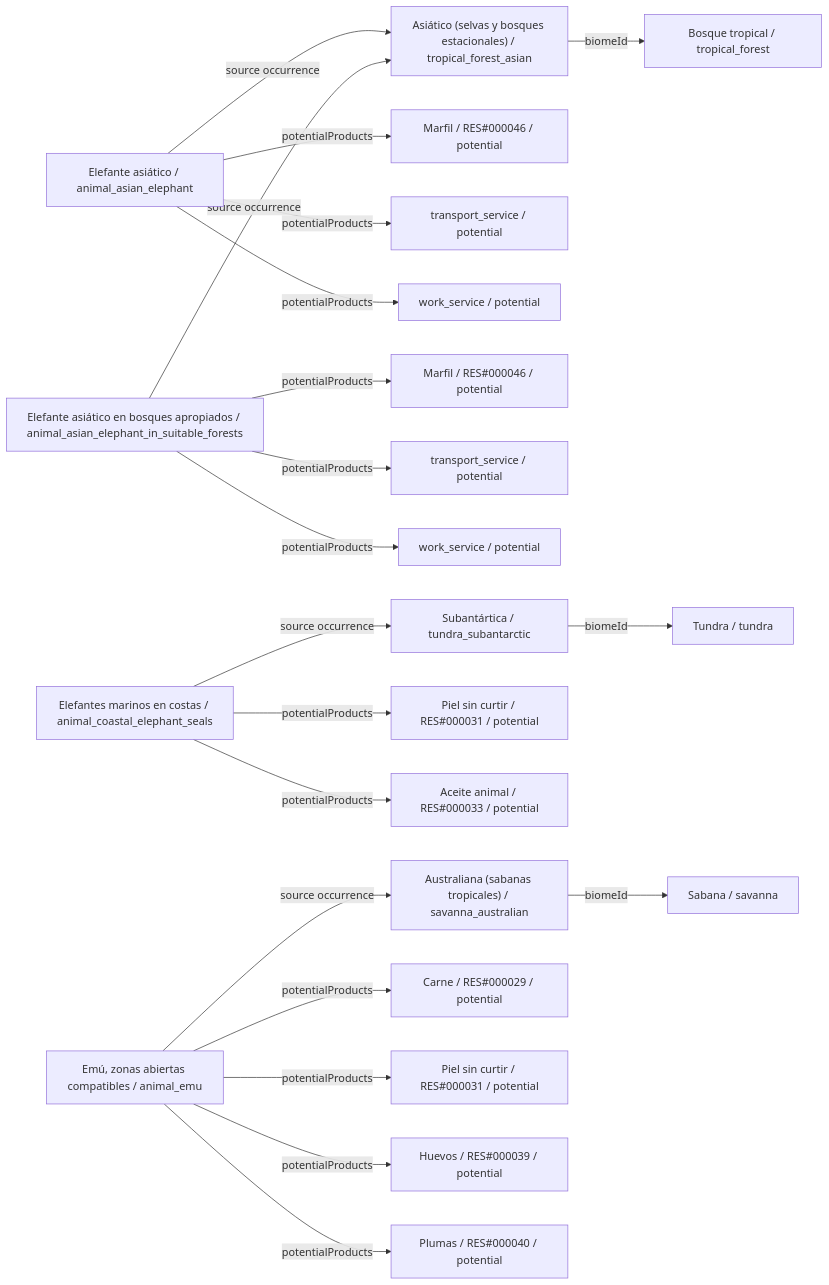
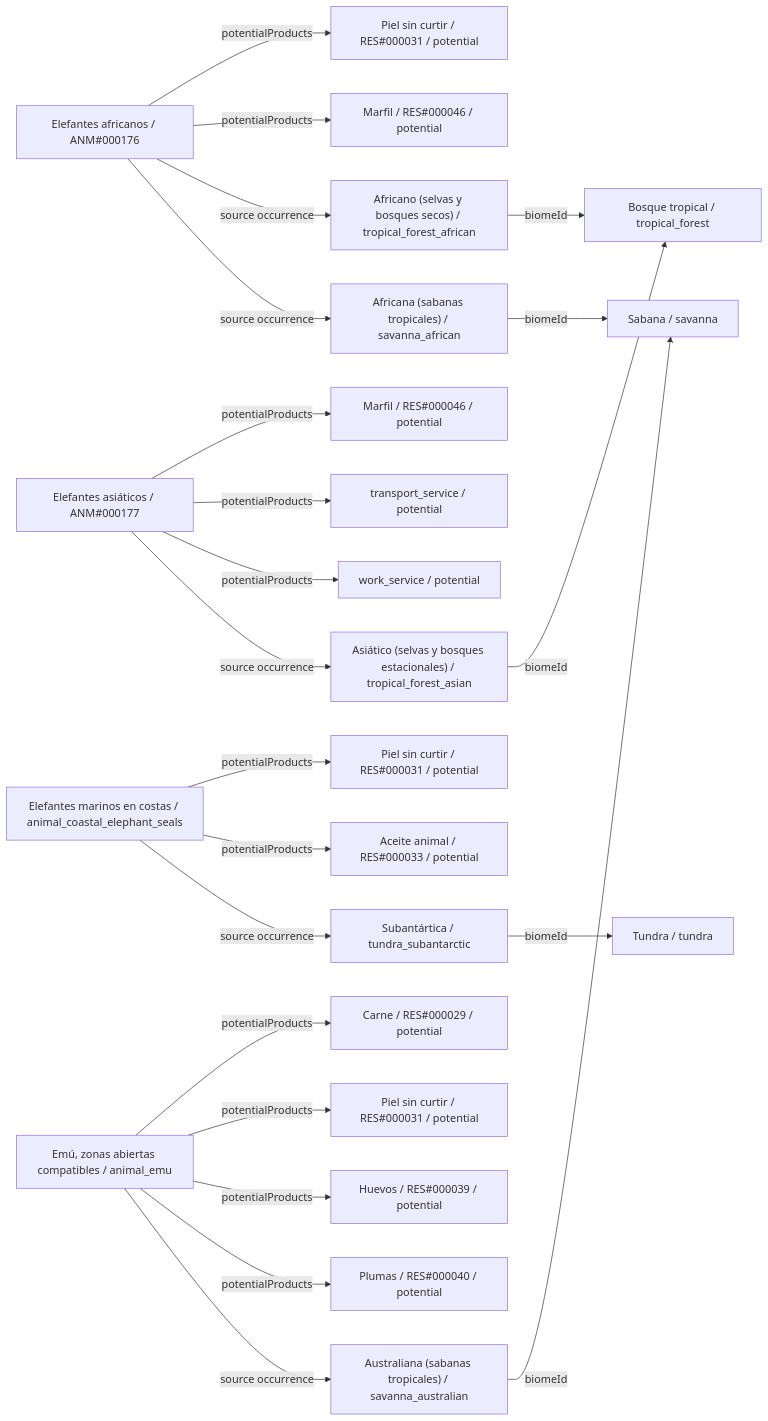
Before and after one commit to fgabo404/EvolveDoc: the ninth of 26 diagrams in data/animals/DIAGRAMS.es.md, drawn with Mermaid. The commit also changed other lines of this file and 59 other files, not shown here.

````diff
--- a/data/animals/DIAGRAMS.es.md
+++ b/data/animals/DIAGRAMS.es.md
@@ -617,44 +495,47 @@
 ```mermaid
 flowchart LR
-    c0["Elefante asiático / animal_asian_elephant"]
+    c0["Elefantes africanos / ANM#000176"]
+    v1["Africano (selvas y bosques secos) / tropical_forest_african"]
+    b0["Bosque tropical / tropical_forest"]
+    v11["Africana (sabanas tropicales) / savanna_african"]
+    b3["Sabana / savanna"]
+    o0_0["Piel sin curtir / RES#000031 / potential"]
+    o0_1["Marfil / RES#000046 / potential"]
+    c1["Elefantes asiáticos / ANM#000177"]
     v2["Asiático (selvas y bosques estacionales) / tropical_forest_asian"]
-    b0["Bosque tropical / tropical_forest"]
-    o0_0["Marfil / RES#000046 / potential"]
-    o0_1["transport_service / potential"]
-    o0_2["work_service / potential"]
-    c1["Elefante asiático en bosques apropiados / animal_asian_elephant_in_suitable_forests"]
     o1_0["Marfil / RES#000046 / potential"]
     o1_1["transport_service / potential"]
     o1_2["work_service / potential"]
     c2["Elefantes marinos en costas / animal_coastal_elephant_seals"]
     v10["Subantártica / tundra_subantarctic"]
     b2["Tundra / tundra"]
     o2_0["Piel sin curtir / RES#000031 / potential"]
     o2_1["Aceite animal / RES#000033 / potential"]
     c3["Emú, zonas abiertas compatibles / animal_emu"]
     v14["Australiana (sabanas tropicales) / savanna_australian"]
-    b3["Sabana / savanna"]
     o3_0["Carne / RES#000029 / potential"]
     o3_1["Piel sin curtir / RES#000031 / potential"]
     o3_2["Huevos / RES#000039 / potential"]
     o3_3["Plumas / RES#000040 / potential"]
     c0 -->|potentialProducts| o0_0
     c0 -->|potentialProducts| o0_1
-    c0 -->|potentialProducts| o0_2
-    c0 -->|source occurrence| v2
+    c0 -->|source occurrence| v1
+    c0 -->|source occurrence| v11
     c1 -->|potentialProducts| o1_0
     c1 -->|potentialProducts| o1_1
     c1 -->|potentialProducts| o1_2
     c1 -->|source occurrence| v2
     c2 -->|potentialProducts| o2_0
     c2 -->|potentialProducts| o2_1
     c2 -->|source occurrence| v10
     c3 -->|potentialProducts| o3_0
     c3 -->|potentialProducts| o3_1
     c3 -->|potentialProducts| o3_2
     c3 -->|potentialProducts| o3_3
     c3 -->|source occurrence| v14
+    v1 -->|biomeId| b0
     v10 -->|biomeId| b2
+    v11 -->|biomeId| b3
     v14 -->|biomeId| b3
     v2 -->|biomeId| b0
 ```
````
